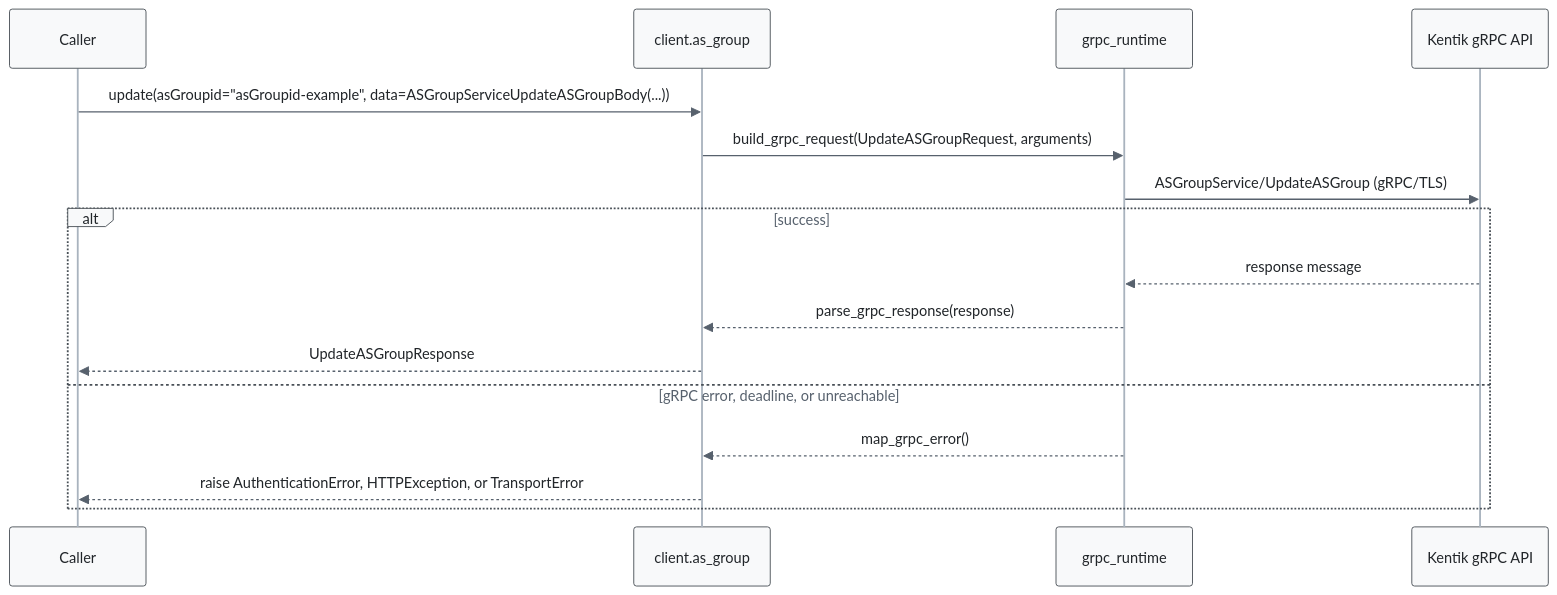
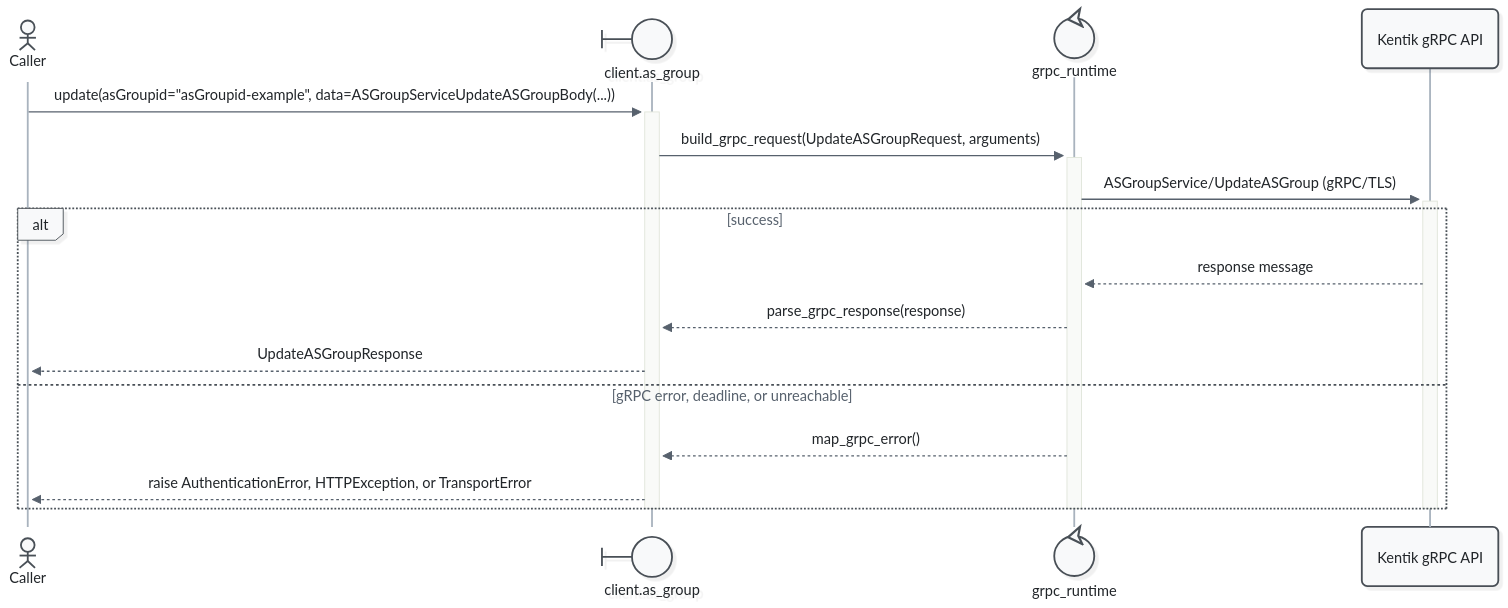
The eighth of 11 diagrams in docs/sphinx/services/as_group.md (alexdearaujo/community_sdk_python), drawn with Mermaid before and after one commit. The commit also changed other lines of this file and 52 other files, not shown here.

First line of the commit message:
docs: Mermaid 12 sequence diagrams with participant types and path colors

````diff
--- a/docs/sphinx/services/as_group.md
+++ b/docs/sphinx/services/as_group.md
@@ -282,20 +299,23 @@
 ```mermaid
-%%{init: {"theme": "base", "fontFamily": "ui-monospace, SFMono-Regular, Menlo, monospace", "themeVariables": {"fontFamily": "ui-monospace, SFMono-Regular, Menlo, monospace", "primaryColor": "#f8f9fa", "primaryBorderColor": "#495057", "primaryTextColor": "#212529", "textColor": "#212529", "lineColor": "#77818c", "edgeLabelBackground": "#ffffff", "actorBkg": "#f8f9fa", "actorBorder": "#495057", "actorTextColor": "#212529", "actorLineColor": "#a9b3be", "signalColor": "#57616d", "signalTextColor": "#212529", "labelBoxBkgColor": "#f8f9fa", "labelBoxBorderColor": "#495057", "labelTextColor": "#212529", "loopTextColor": "#57616d", "noteBkgColor": "#fff9db", "noteBorderColor": "#f08c00", "noteTextColor": "#a35a00"}, "flowchart": {"curve": "step", "nodeSpacing": 30, "rankSpacing": 70, "wrappingWidth": 400}}}%%
+%%{init: {"theme": "redux", "look": "neo", "layout": "dagre", "fontFamily": "ui-monospace, SFMono-Regular, Menlo, monospace", "themeVariables": {"fontFamily": "ui-monospace, SFMono-Regular, Menlo, monospace", "primaryColor": "#f8f9fa", "primaryBorderColor": "#495057", "primaryTextColor": "#212529", "textColor": "#212529", "lineColor": "#77818c", "edgeLabelBackground": "#ffffff", "actorBkg": "#f8f9fa", "actorBorder": "#495057", "actorTextColor": "#212529", "actorLineColor": "#a9b3be", "signalColor": "#57616d", "signalTextColor": "#212529", "labelBoxBkgColor": "#f8f9fa", "labelBoxBorderColor": "#495057", "labelTextColor": "#212529", "loopTextColor": "#57616d", "noteBkgColor": "#fff9db", "noteBorderColor": "#f08c00", "noteTextColor": "#a35a00"}, "sequence": {"activationWidth": 16}, "flowchart": {"curve": "step", "nodeSpacing": 30, "rankSpacing": 70, "wrappingWidth": 400}}}%%
 sequenceDiagram
-    participant C as Caller
-    participant W as client.as_group
-    participant R as grpc_runtime
+    actor C as Caller
+    participant W@{ "type": "boundary" } as client.as_group
+    participant R@{ "type": "control" } as grpc_runtime
     participant API as Kentik gRPC API
 
-    C->>W: update(asGroupid="asGroupid-example", data=ASGroupServiceUpdateASGroupBody(...))
-    W->>R: build_grpc_request(UpdateASGroupRequest, arguments)
-    R->>API: ASGroupService/UpdateASGroup (gRPC/TLS)
+    C->>+W: update(asGroupid="asGroupid-example", data=ASGroupServiceUpdateASGroupBody(...))
+    W->>+R: build_grpc_request(UpdateASGroupRequest, arguments)
+    R->>+API: ASGroupService/UpdateASGroup (gRPC/TLS)
     alt success
         API-->>R: response message
         R-->>W: parse_grpc_response(response)
         W-->>C: UpdateASGroupResponse
     else gRPC error, deadline, or unreachable
         R-->>W: map_grpc_error()
         W-->>C: raise AuthenticationError, HTTPException, or TransportError
     end
+    deactivate API
+    deactivate R
+    deactivate W
 ```
````
